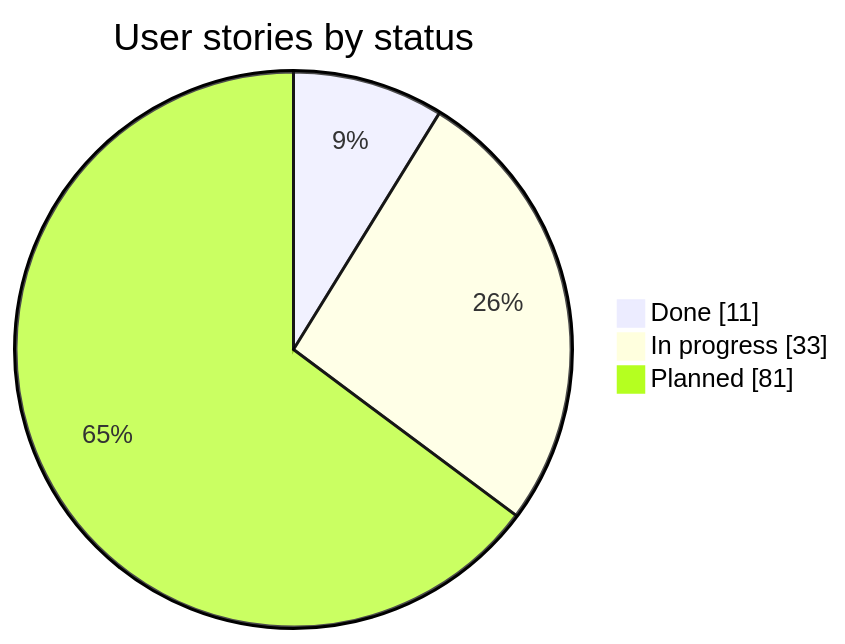
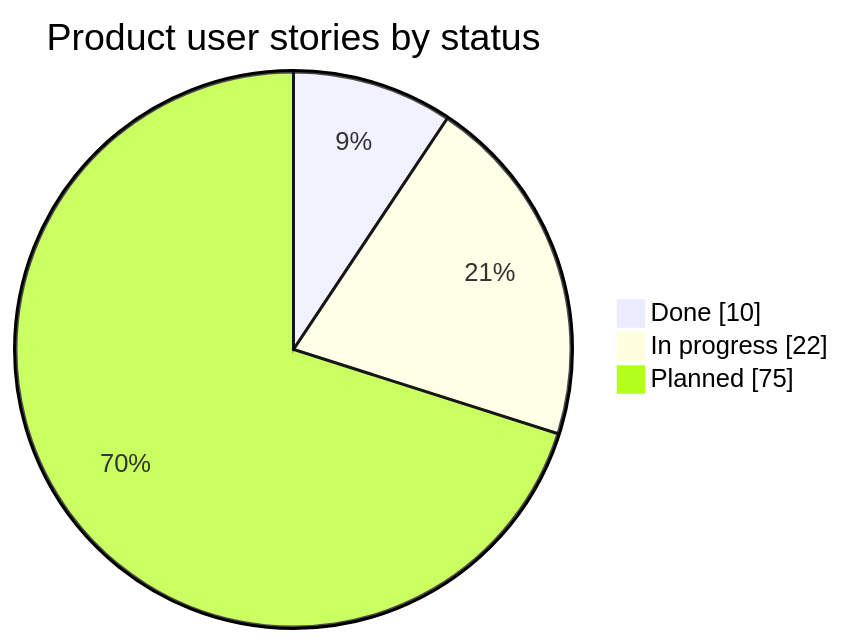
The first of 3 diagrams in README.md (PflanzenDex/PflanzenDex), drawn with Mermaid before and after one commit. The commit also changed other lines of this file and 3 other files, not shown here.

````diff
--- a/README.md
+++ b/README.md
@@ -52,6 +30,6 @@
 ```mermaid
-pie showData title User stories by status
-  "Done" : 11
-  "In progress" : 33
-  "Planned" : 81
+pie showData title Product user stories by status
+  "Done" : 10
+  "In progress" : 22
+  "Planned" : 75
 ```
````
